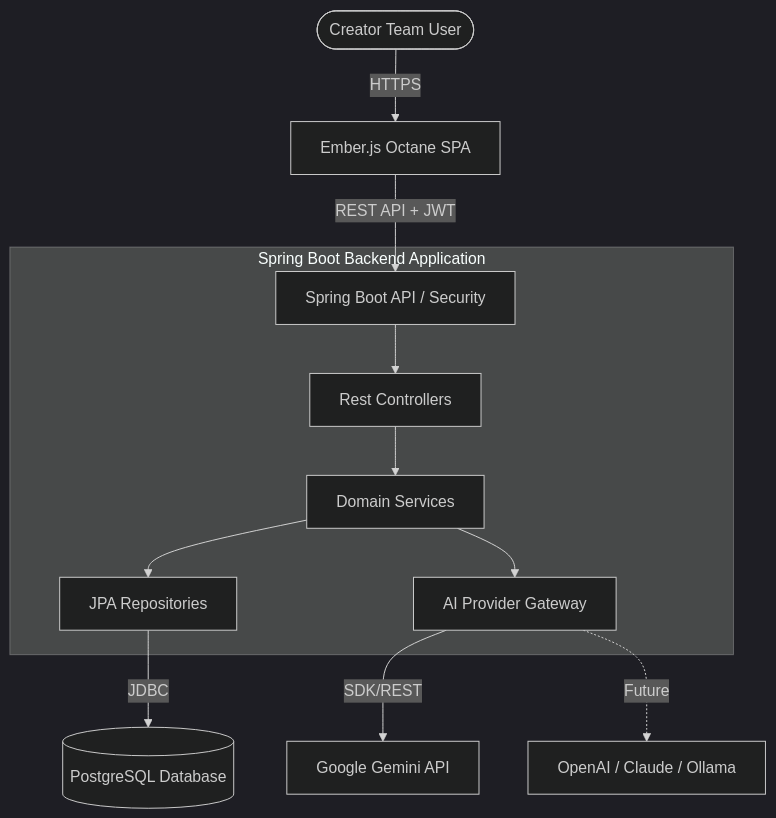
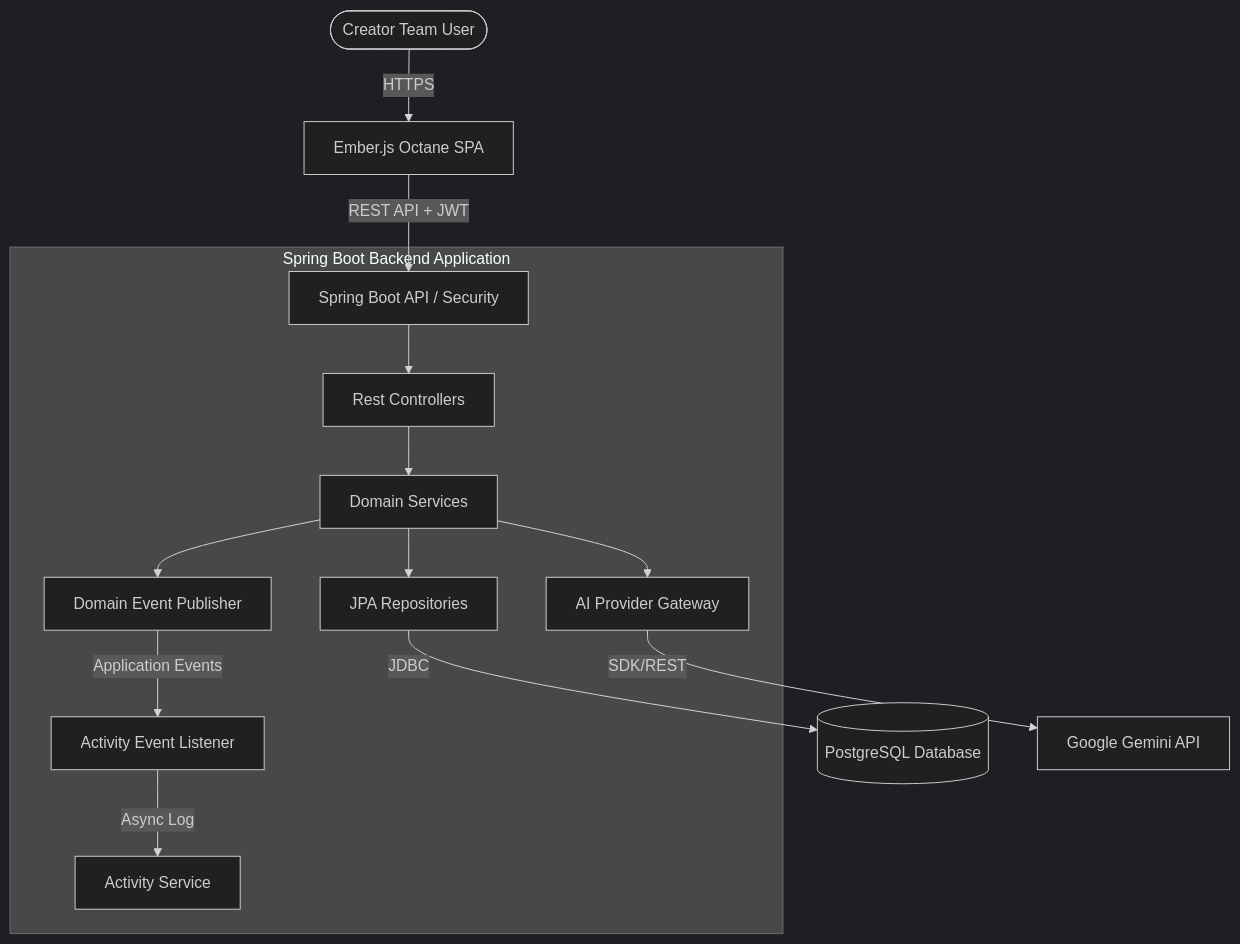
One commit to surya-thedeveloper/creatorOps changed the diagram in README.md. Above: the diagram before and after it, drawn with Mermaid (dark theme). The commit also changed other lines of this file and 53 other files, not shown here.

First line of the commit message:
sprint2: domain events, async processing, caching foundation

````diff
--- a/README.md
+++ b/README.md
@@ -50,16 +50,18 @@
 ```mermaid
 graph TD
     User([Creator Team User]) -->|HTTPS| Frontend[Ember.js Octane SPA]
     Frontend -->|REST API + JWT| API_Gateway[Spring Boot API / Security]
     
     subgraph Backend [Spring Boot Backend Application]
         API_Gateway --> Controllers[Rest Controllers]
         Controllers --> Services[Domain Services]
+        Services --> EventPublisher[Domain Event Publisher]
+        EventPublisher -->|Application Events| EventListener[Activity Event Listener]
+        EventListener -->|Async Log| ActivityService[Activity Service]
         Services --> Repositories[JPA Repositories]
         Services --> AI_Gateway[AI Provider Gateway]
     end
     
     Repositories -->|JDBC| PostgreSQL[(PostgreSQL Database)]
     AI_Gateway -->|SDK/REST| GeminiAPI[Google Gemini API]
-    AI_Gateway -.->|Future| OtherLLMs[OpenAI / Claude / Ollama]
 ```
````
